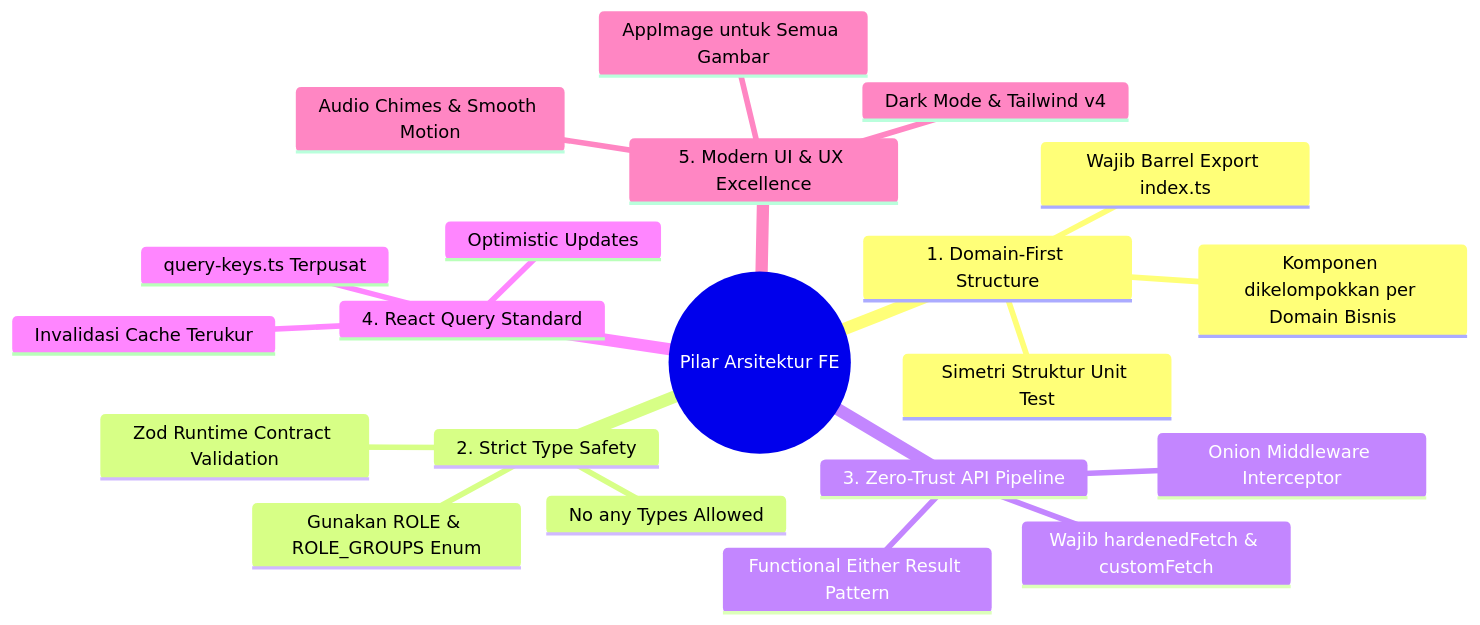
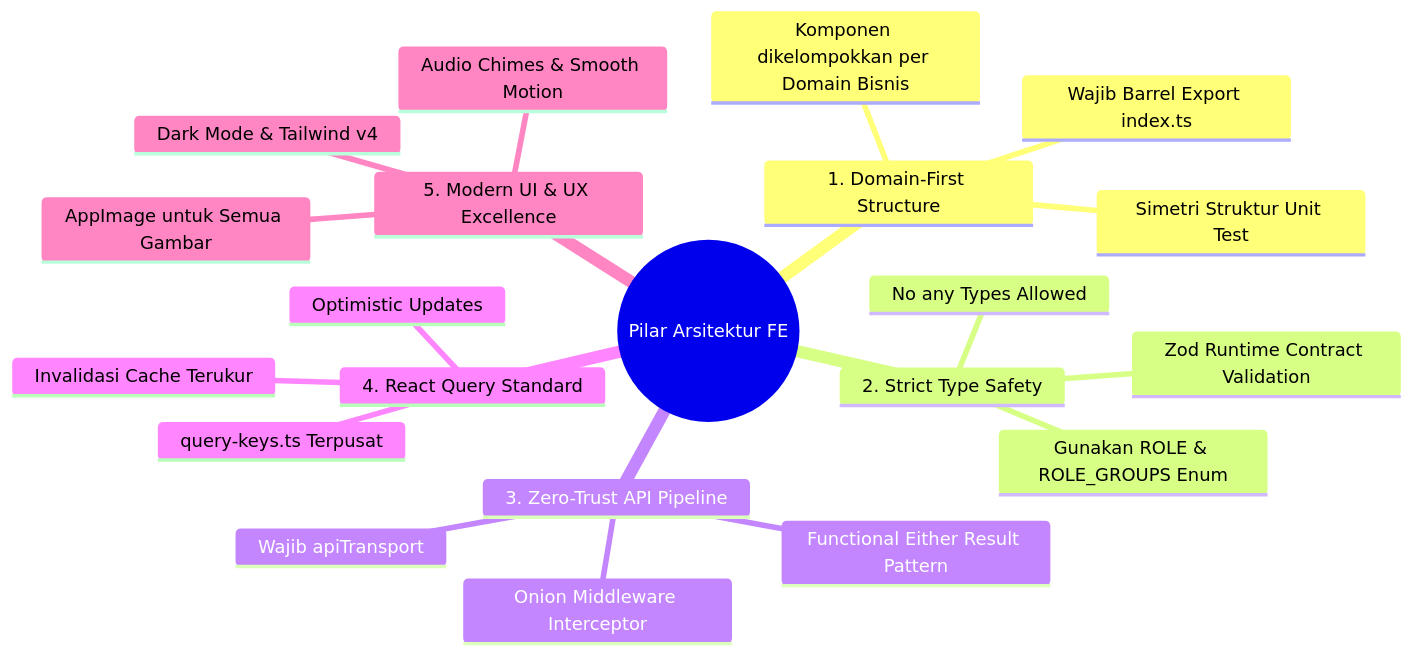
One commit to dwigunardi/fe-menu-scan-latihan changed the diagram in docs/fe/guidelines/frontend-development-handbook.md. Above: the diagram before and after it, drawn with Mermaid. The commit also changed other lines of this file and 17 other files, not shown here.

````diff
--- a/docs/fe/guidelines/frontend-development-handbook.md
+++ b/docs/fe/guidelines/frontend-development-handbook.md
@@ -14,24 +14,24 @@
 ```mermaid
 mindmap
   root((Pilar Arsitektur FE))
     1. Domain-First Structure
       Komponen dikelompokkan per Domain Bisnis
       Wajib Barrel Export index.ts
       Simetri Struktur Unit Test
     2. Strict Type Safety
       Gunakan ROLE & ROLE_GROUPS Enum
       Zod Runtime Contract Validation
       No any Types Allowed
     3. Zero-Trust API Pipeline
-      Wajib hardenedFetch & customFetch
+      Wajib apiTransport
       Onion Middleware Interceptor
       Functional Either Result Pattern
     4. React Query Standard
       query-keys.ts Terpusat
       Optimistic Updates
       Invalidasi Cache Terukur
     5. Modern UI & UX Excellence
       AppImage untuk Semua Gambar
       Dark Mode & Tailwind v4
       Audio Chimes & Smooth Motion
 ```
````
